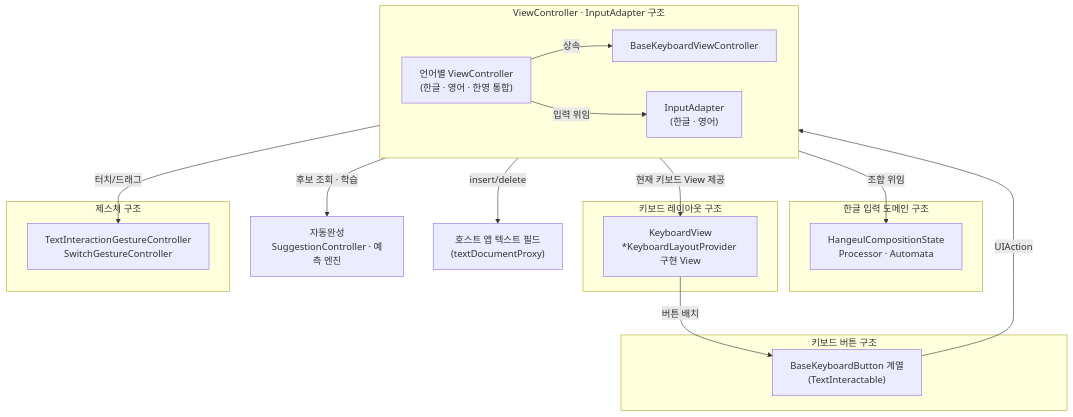
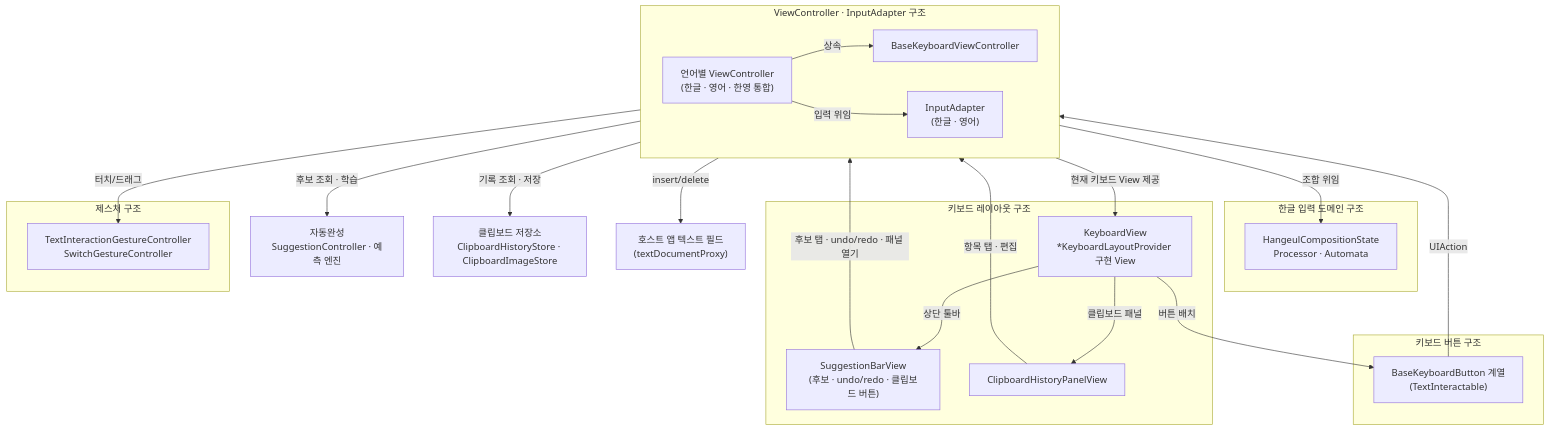
One commit to SNMac/SYKeyboard changed the first of 6 diagrams in README.md. Above: the diagram before and after it, drawn with Mermaid. The commit also changed other lines of this file, not shown here.

Commit message:
docs: #134 - README에 클립보드 기록·한영 통합·undo/redo·수식·라이선스 고지 기능과 툴바 구성요소 반영

````diff
--- a/README.md
+++ b/README.md
@@ -439,41 +439,49 @@
 ``` mermaid
 %%{
   init: {
     "theme": "default",
     "fontFamily": "monospace"
   }
 }%%
 flowchart TB
     subgraph VCA["ViewController · InputAdapter 구조"]
         direction LR
         FinalVC["언어별 ViewController<br/>(한글 · 영어 · 한영 통합)"] -->|상속| BaseVC["BaseKeyboardViewController"]
         FinalVC -->|입력 위임| Adapter["InputAdapter<br/>(한글 · 영어)"]
     end
 
     subgraph HD["한글 입력 도메인 구조"]
         Domain["HangeulCompositionState<br/>Processor · Automata"]
     end
 
     subgraph LO["키보드 레이아웃 구조"]
         Layout["KeyboardView<br/>*KeyboardLayoutProvider 구현 View"]
+        Toolbar["SuggestionBarView<br/>(후보 · undo/redo · 클립보드 버튼)"]
+        ClipboardPanel["ClipboardHistoryPanelView"]
     end
 
     subgraph GS["제스처 구조"]
         Gesture["TextInteractionGestureController<br/>SwitchGestureController"]
     end
 
     subgraph BT["키보드 버튼 구조"]
         Button["BaseKeyboardButton 계열<br/>(TextInteractable)"]
     end
 
     Suggestion["자동완성<br/>SuggestionController · 예측 엔진"]
+    ClipboardStore["클립보드 저장소<br/>ClipboardHistoryStore · ClipboardImageStore"]
     Host["호스트 앱 텍스트 필드<br/>(textDocumentProxy)"]
 
     Adapter -->|조합 위임| Domain
     Adapter -->|현재 키보드 View 제공| Layout
     Layout -->|버튼 배치| Button
+    Layout -->|상단 툴바| Toolbar
+    Layout -->|클립보드 패널| ClipboardPanel
     Button -->|UIAction| BaseVC
+    Toolbar -->|후보 탭 · undo/redo · 패널 열기| BaseVC
+    ClipboardPanel -->|항목 탭 · 편집| BaseVC
     BaseVC -->|터치/드래그| Gesture
     BaseVC -->|후보 조회 · 학습| Suggestion
+    BaseVC -->|기록 조회 · 저장| ClipboardStore
     BaseVC -->|insert/delete| Host
 ```
````
